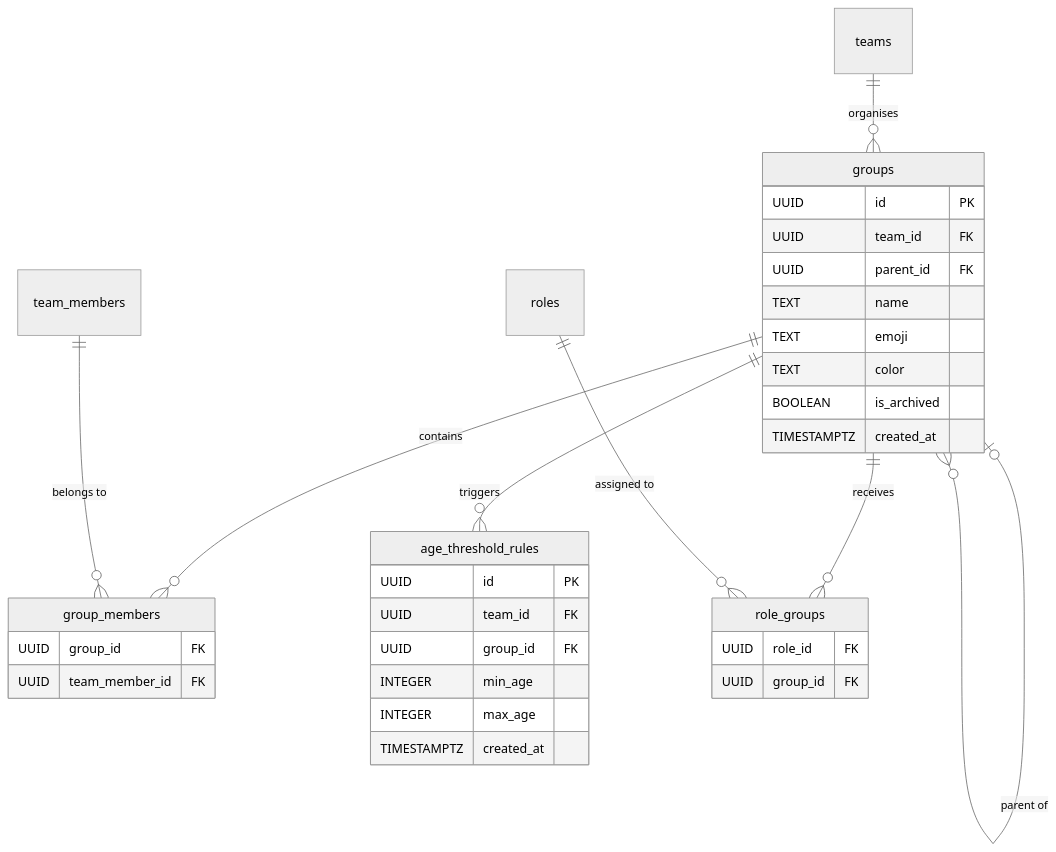
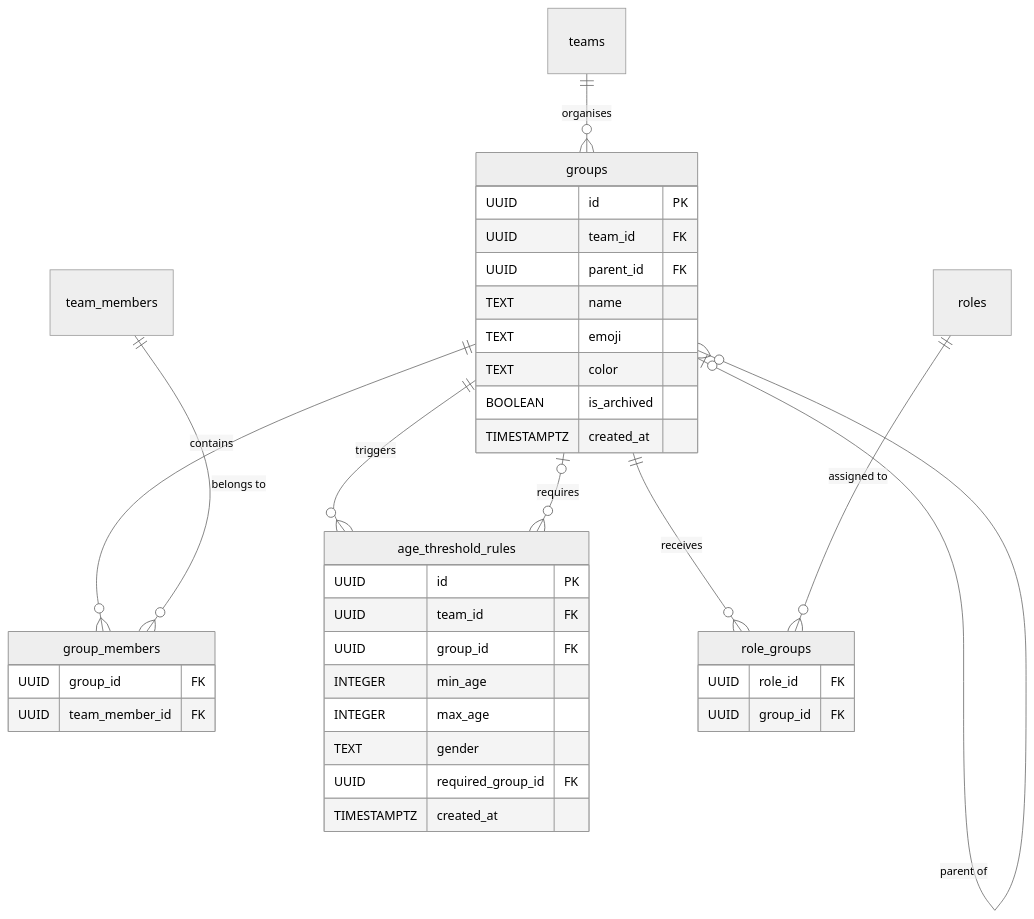
The fifth of 12 diagrams in docs/thesis/er-diagram.md (sideline-cz/sideline), drawn with Mermaid (neutral theme) before and after one commit. The commit also changed other lines of this file and 32 other files, not shown here.

First line of the commit message:
feat: gender-based automatic group assignment (#262)

````diff
--- a/docs/thesis/er-diagram.md
+++ b/docs/thesis/er-diagram.md
@@ -283,40 +284,43 @@
 ```mermaid
 erDiagram
     groups {
         UUID id PK
         UUID team_id FK
         UUID parent_id FK
         TEXT name
         TEXT emoji
         TEXT color
         BOOLEAN is_archived
         TIMESTAMPTZ created_at
     }
 
     group_members {
         UUID group_id FK
         UUID team_member_id FK
     }
 
     age_threshold_rules {
         UUID id PK
         UUID team_id FK
         UUID group_id FK
         INTEGER min_age
         INTEGER max_age
+        TEXT gender
+        UUID required_group_id FK
         TIMESTAMPTZ created_at
     }
 
     role_groups {
         UUID role_id FK
         UUID group_id FK
     }
 
     teams ||--o{ groups : "organises"
     groups o|--o{ groups : "parent of"
     groups ||--o{ group_members : "contains"
     groups ||--o{ age_threshold_rules : "triggers"
+    groups o|--o{ age_threshold_rules : "requires"
     groups ||--o{ role_groups : "receives"
     team_members ||--o{ group_members : "belongs to"
     roles ||--o{ role_groups : "assigned to"
 ```
````
